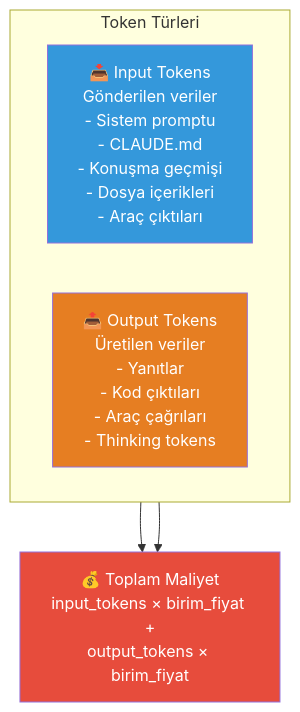
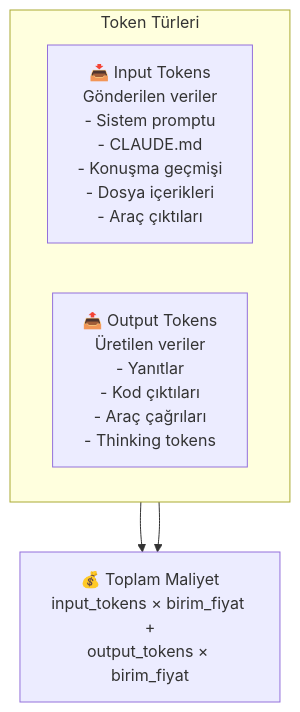
One commit to IzzetYasinAtes/ClaudeCodeHandbook changed the first of 7 diagrams in 17-konfigurasyon/05-maliyet-yonetimi.md. Above: the diagram before and after it, drawn with Mermaid. The commit also changed other lines of this file and 97 other files, not shown here.

Commit message:
Remove all custom Mermaid style/fill colors from 98 markdown files for consistent dark theme rendering

````diff
--- a/17-konfigurasyon/05-maliyet-yonetimi.md
+++ b/17-konfigurasyon/05-maliyet-yonetimi.md
@@ -19,15 +19,12 @@
 ```mermaid
 flowchart TD
     subgraph tokens ["Token Türleri"]
         direction LR
         INPUT["📥 Input Tokens<br/>Gönderilen veriler<br/>- Sistem promptu<br/>- CLAUDE.md<br/>- Konuşma geçmişi<br/>- Dosya içerikleri<br/>- Araç çıktıları"]
         OUTPUT["📤 Output Tokens<br/>Üretilen veriler<br/>- Yanıtlar<br/>- Kod çıktıları<br/>- Araç çağrıları<br/>- Thinking tokens"]
     end
 
     INPUT --> COST["💰 Toplam Maliyet<br/>input_tokens × birim_fiyat +<br/>output_tokens × birim_fiyat"]
     OUTPUT --> COST
 
-    style INPUT fill:#3498DB,color:#fff
-    style OUTPUT fill:#E67E22,color:#fff
-    style COST fill:#E74C3C,color:#fff
 ```
````
